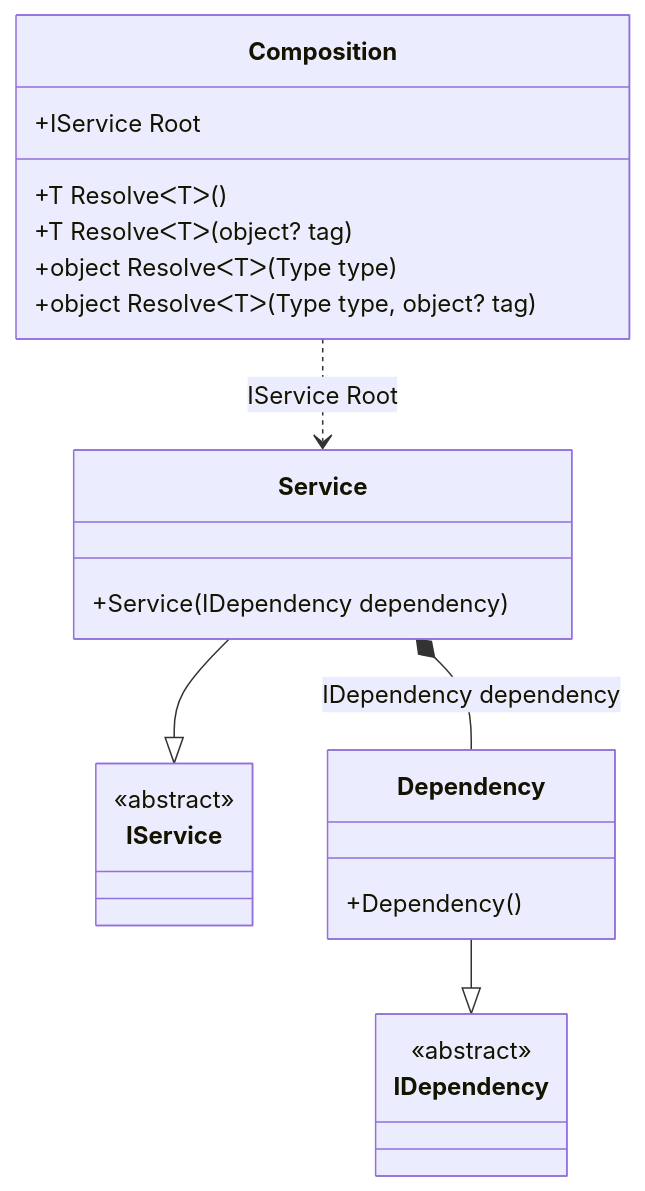
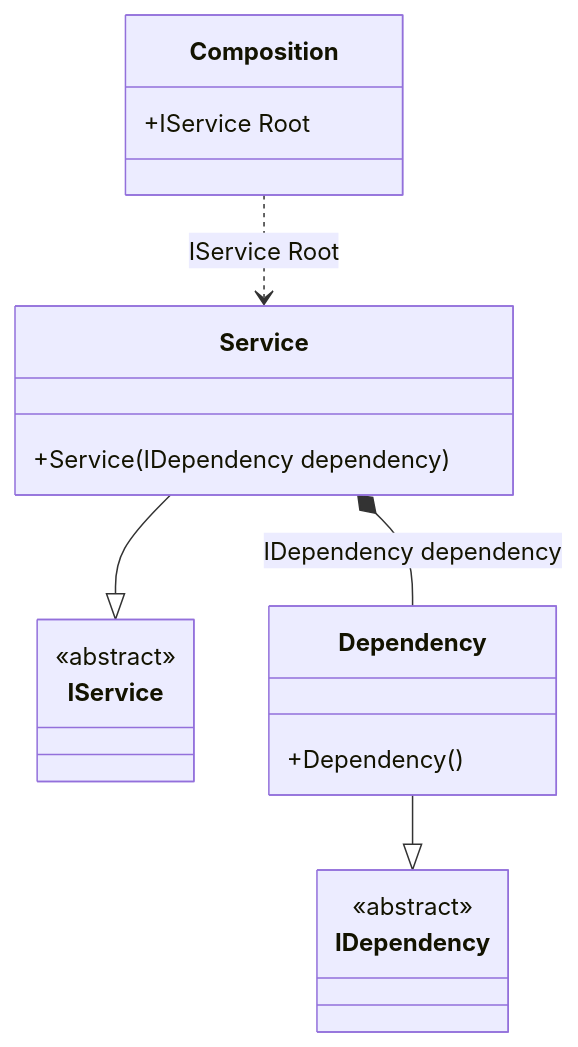
One commit to DevTeam/Pure.DI changed the diagram in readme/composition-root.md. Above: the diagram before and after it, drawn with Mermaid. The commit also changed other lines of this file and 38 other files, not shown here.

````diff
--- a/readme/composition-root.md
+++ b/readme/composition-root.md
@@ -33,26 +33,22 @@
 ```mermaid
 classDiagram
   class Composition {
     +IService Root
-    +T ResolveᐸTᐳ()
-    +T ResolveᐸTᐳ(object? tag)
-    +object ResolveᐸTᐳ(Type type)
-    +object ResolveᐸTᐳ(Type type, object? tag)
   }
   Service --|> IService : 
   class Service {
     +Service(IDependency dependency)
   }
   Dependency --|> IDependency : 
   class Dependency {
     +Dependency()
   }
   class IService {
     <<abstract>>
   }
   class IDependency {
     <<abstract>>
   }
   Service *--  Dependency : IDependency dependency
   Composition ..> Service : IService Root
 ```
````
